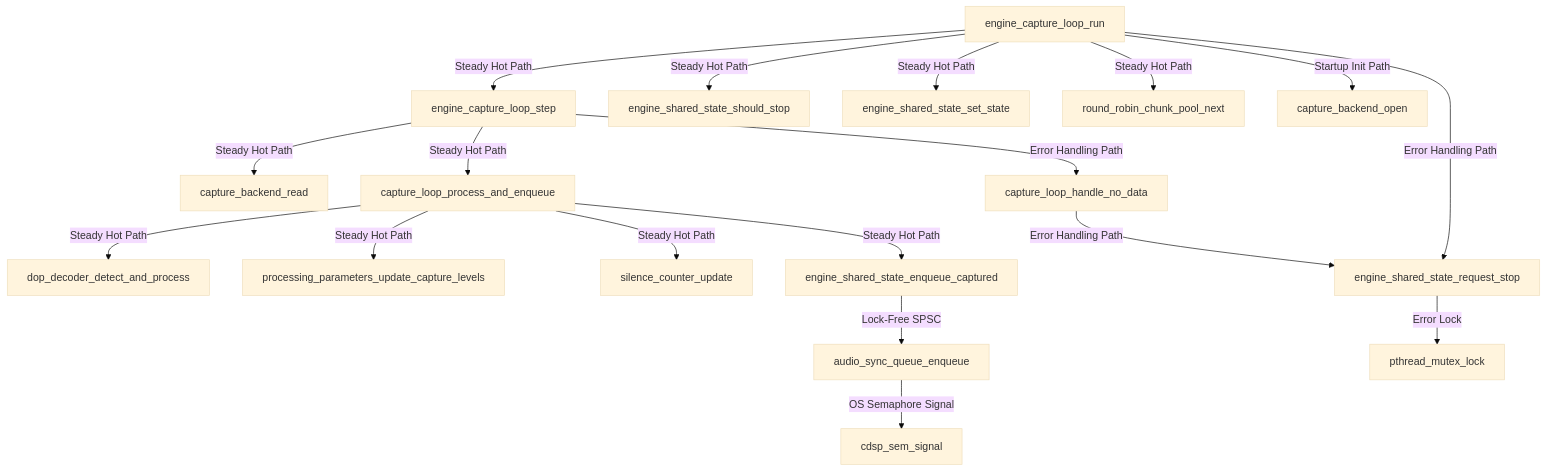
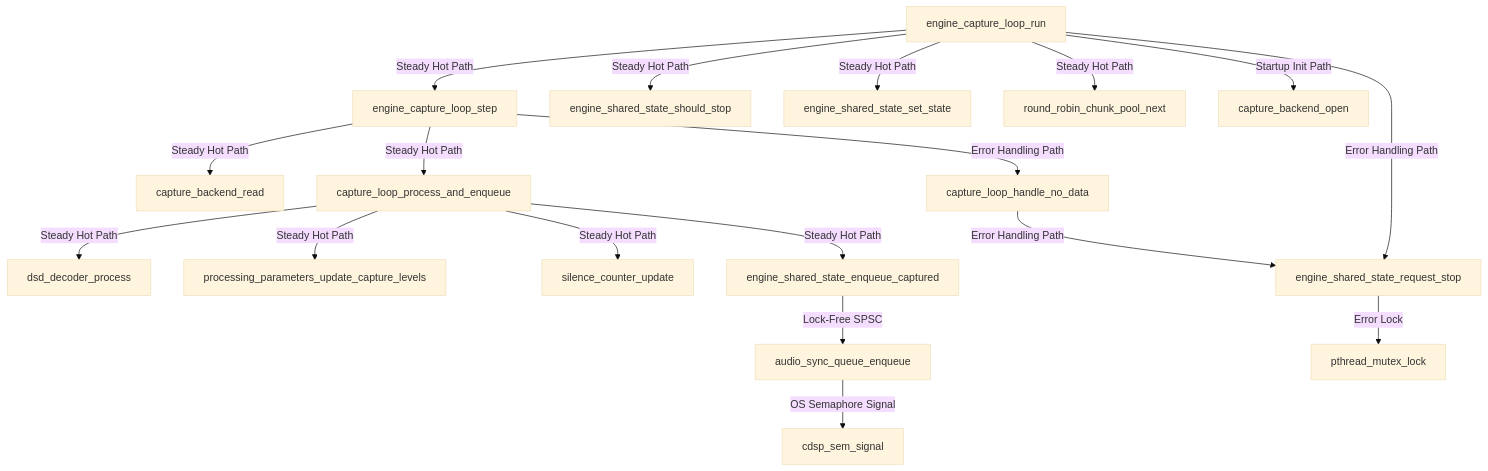
The first of 3 diagrams in callgraph_audit_report.md (Wang-Yue/cdsp), drawn with Mermaid (base theme) before and after one commit. The commit also changed 18 other files, not shown here.

Commit message:
Introduce native dsd decoder

````diff
--- a/callgraph_audit_report.md
+++ b/callgraph_audit_report.md
@@ -42,24 +42,24 @@
 ```mermaid
 graph TD
     engine_capture_loop_run -->|Steady Hot Path| engine_capture_loop_step
     engine_capture_loop_run -->|Steady Hot Path| engine_shared_state_should_stop
     engine_capture_loop_run -->|Steady Hot Path| engine_shared_state_set_state
     engine_capture_loop_run -->|Steady Hot Path| round_robin_chunk_pool_next
     engine_capture_loop_run -->|Startup Init Path| capture_backend_open
     engine_capture_loop_run -->|Error Handling Path| engine_shared_state_request_stop
 
     engine_capture_loop_step -->|Steady Hot Path| capture_backend_read
     engine_capture_loop_step -->|Steady Hot Path| capture_loop_process_and_enqueue
     engine_capture_loop_step -->|Error Handling Path| capture_loop_handle_no_data
 
-    capture_loop_process_and_enqueue -->|Steady Hot Path| dop_decoder_detect_and_process
+    capture_loop_process_and_enqueue -->|Steady Hot Path| dsd_decoder_process
     capture_loop_process_and_enqueue -->|Steady Hot Path| processing_parameters_update_capture_levels
     capture_loop_process_and_enqueue -->|Steady Hot Path| silence_counter_update
     capture_loop_process_and_enqueue -->|Steady Hot Path| engine_shared_state_enqueue_captured
 
     engine_shared_state_enqueue_captured -->|Lock-Free SPSC| audio_sync_queue_enqueue
     audio_sync_queue_enqueue -->|OS Semaphore Signal| cdsp_sem_signal
 
     capture_loop_handle_no_data -->|Error Handling Path| engine_shared_state_request_stop
     engine_shared_state_request_stop -->|Error Lock| pthread_mutex_lock
 ```
````
